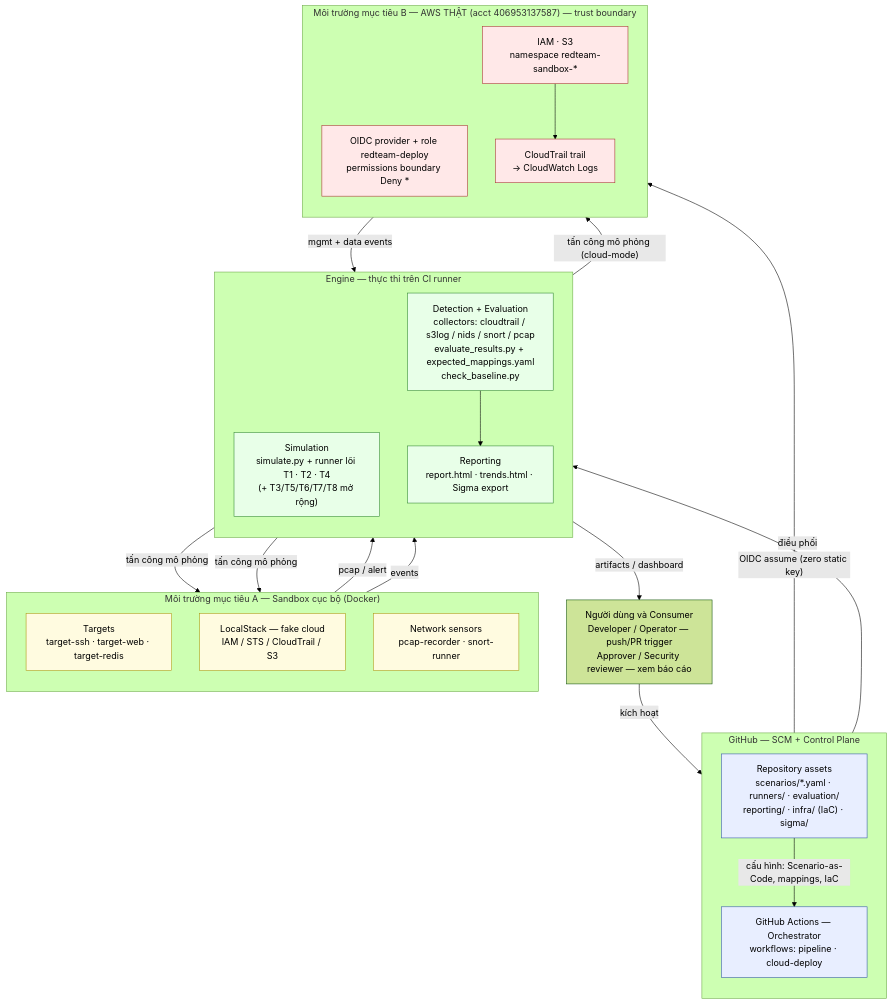
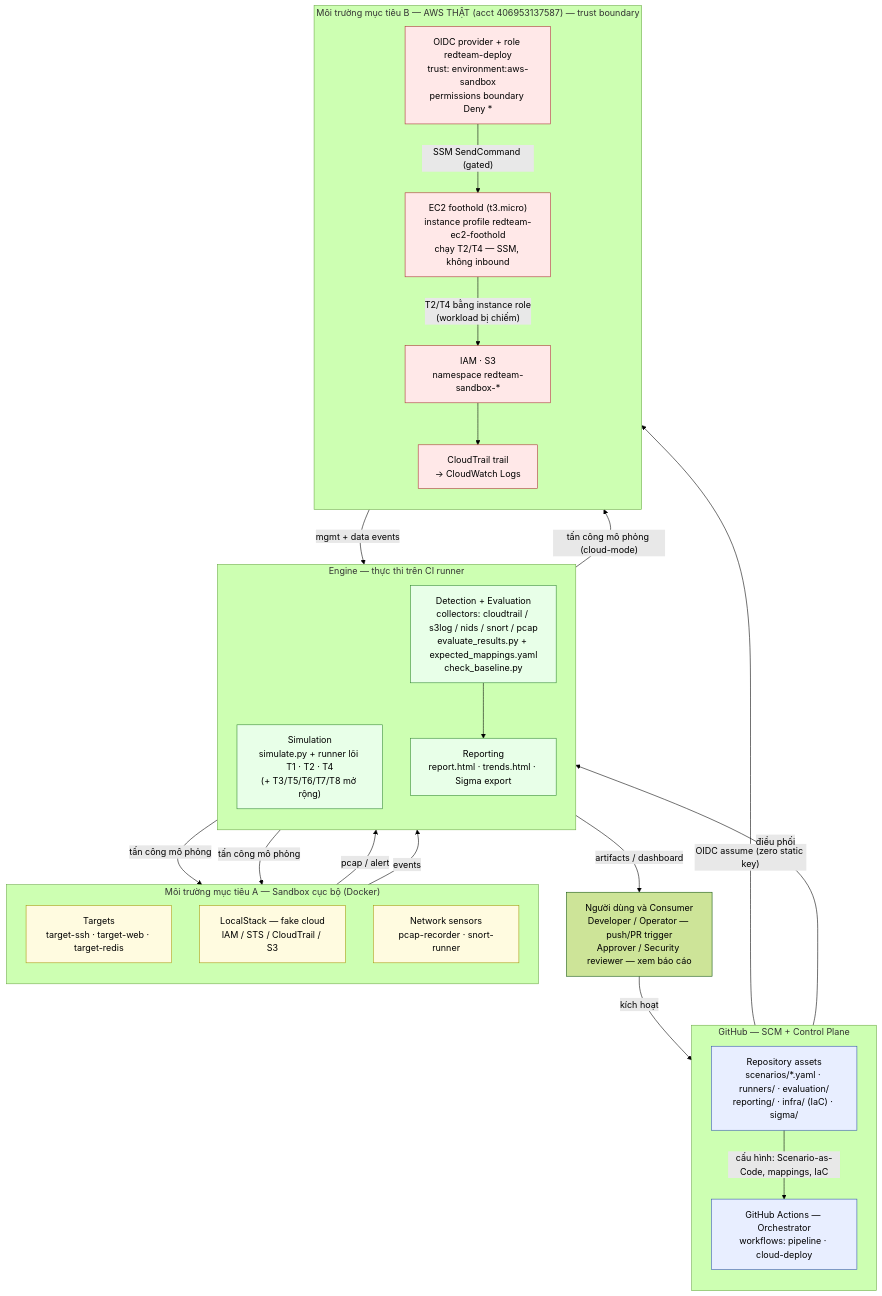
The diagram in proposal_v2_redteam.md (sampleit533/auto-redteam), drawn with Mermaid (forest theme) before and after one commit. The commit also changed other lines of this file and 9 other files, not shown here.

````diff
--- a/proposal_v2_redteam.md
+++ b/proposal_v2_redteam.md
@@ -92,55 +92,58 @@
 ```mermaid
 flowchart TB
     actors["Người dùng và Consumer<br/>Developer / Operator — push/PR trigger<br/>Approver / Security reviewer — xem báo cáo"]
 
     subgraph GH["GitHub — SCM + Control Plane"]
         direction TB
         repo["Repository assets<br/>scenarios/*.yaml · runners/ · evaluation/<br/>reporting/ · infra/ (IaC) · sigma/"]
         gha["GitHub Actions — Orchestrator<br/>workflows: pipeline · cloud-deploy"]
     end
 
     subgraph ENG["Engine — thực thi trên CI runner"]
         direction TB
         sim["Simulation<br/>simulate.py + runner lõi T1 · T2 · T4<br/>(+ T3/T5/T6/T7/T8 mở rộng)"]
         det["Detection + Evaluation<br/>collectors: cloudtrail / s3log / nids / snort / pcap<br/>evaluate_results.py + expected_mappings.yaml<br/>check_baseline.py"]
         rep["Reporting<br/>report.html · trends.html · Sigma export"]
     end
 
     subgraph ENVA["Môi trường mục tiêu A — Sandbox cục bộ (Docker)"]
         direction TB
         tgt["Targets<br/>target-ssh · target-web · target-redis"]
         lstack["LocalStack — fake cloud<br/>IAM / STS / CloudTrail / S3"]
         sens["Network sensors<br/>pcap-recorder · snort-runner"]
     end
 
     subgraph ENVB["Môi trường mục tiêu B — AWS THẬT (acct 406953137587) — trust boundary"]
         direction TB
-        oidc["OIDC provider + role redteam-deploy<br/>permissions boundary Deny *"]
+        oidc["OIDC provider + role redteam-deploy<br/>trust: environment:aws-sandbox<br/>permissions boundary Deny *"]
+        ec2["EC2 foothold (t3.micro)<br/>instance profile redteam-ec2-foothold<br/>chạy T2/T4 — SSM, không inbound"]
         awsres["IAM · S3<br/>namespace redteam-sandbox-*"]
         ct["CloudTrail trail<br/>→ CloudWatch Logs"]
     end
 
     actors -->|"kích hoạt"| gha
     repo -->|"cấu hình: Scenario-as-Code, mappings, IaC"| gha
     gha -->|"điều phối"| ENG
     gha -->|"OIDC assume (zero static key)"| oidc
 
     sim -->|"tấn công mô phỏng"| tgt
     sim -->|"tấn công mô phỏng"| lstack
     sim -->|"tấn công mô phỏng (cloud-mode)"| awsres
+    oidc -->|"SSM SendCommand (gated)"| ec2
+    ec2 -->|"T2/T4 bằng instance role<br/>(workload bị chiếm)"| awsres
     awsres --> ct
     sens -->|"pcap / alert"| det
     lstack -->|"events"| det
     ct -->|"mgmt + data events"| det
     det --> rep
     rep -->|"artifacts / dashboard"| actors
 
     classDef gh fill:#e8eeff,stroke:#3355aa,color:#000;
     classDef eng fill:#e8ffe8,stroke:#338833,color:#000;
     classDef enva fill:#fffbe0,stroke:#aa9911,color:#000;
     classDef envb fill:#ffe8e8,stroke:#aa3333,color:#000;
     class repo,gha gh;
     class sim,det,rep eng;
     class tgt,lstack,sens enva;
-    class oidc,awsres,ct envb;
+    class oidc,ec2,awsres,ct envb;
 ```
````
